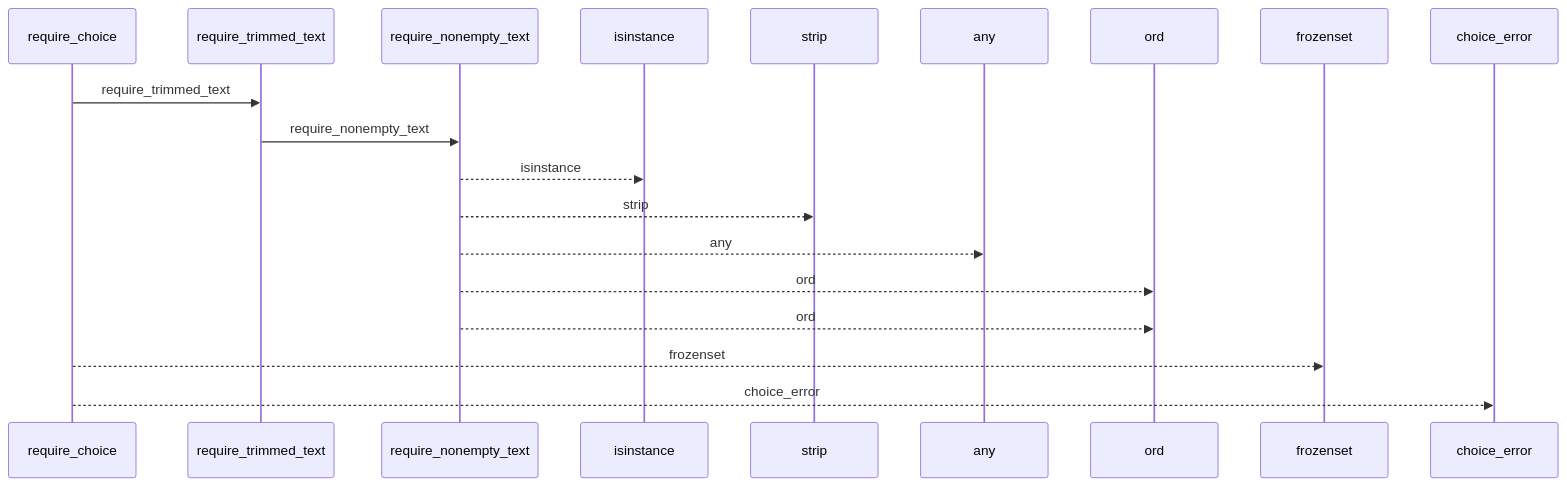
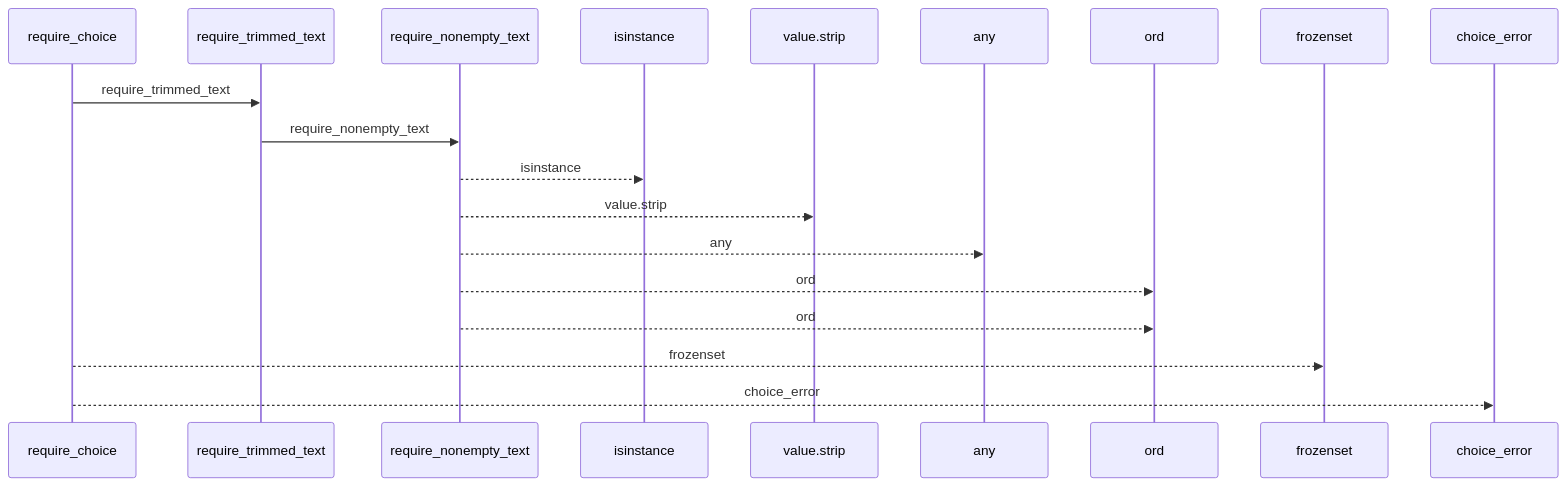
One commit to Denissvgn/python-wiki-llm changed the first of 2 diagrams in docs/llm_wiki/flows/api-require_choice.md. Above: the diagram before and after it, drawn with Mermaid. The commit also changed other lines of this file and 719 other files, not shown here.

````diff
--- a/docs/llm_wiki/flows/api-require_choice.md
+++ b/docs/llm_wiki/flows/api-require_choice.md
@@ -10,21 +10,21 @@
 ```mermaid
 sequenceDiagram
     participant p0 as require_choice
     participant p1 as require_trimmed_text
     participant p2 as require_nonempty_text
     participant p3 as isinstance
-    participant p4 as strip
+    participant p4 as value.strip
     participant p5 as any
     participant p6 as ord
     participant p7 as frozenset
     participant p8 as choice_error
     p0->>p1: require_trimmed_text
     p1->>p2: require_nonempty_text
     p2-->>p3: isinstance
-    p2-->>p4: strip
+    p2-->>p4: value.strip
     p2-->>p5: any
     p2-->>p6: ord
     p2-->>p6: ord
     p0-->>p7: frozenset
     p0-->>p8: choice_error
 ```
````
